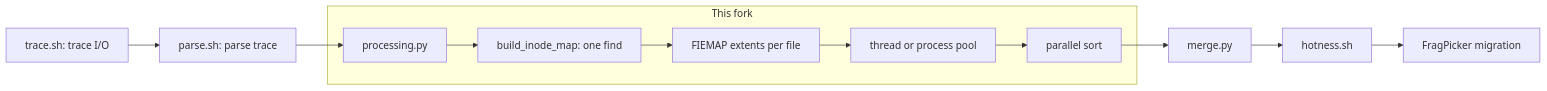
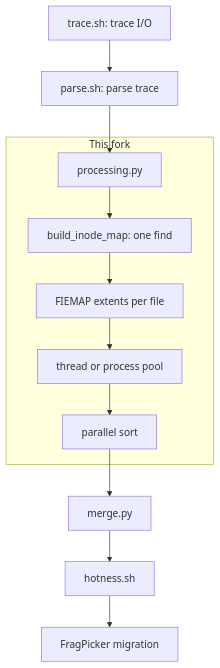
The diagram in README.md (YuzhengShi/FragPicker), drawn with Mermaid before and after one commit.

Commit message:
README: draw the diagram top to bottom
GitHub shrinks a wide left-to-right diagram to the page width, which
made its labels hard to read. Top to bottom keeps them at full size.

````diff
--- a/README.md
+++ b/README.md
@@ -76,14 +76,14 @@
 ```mermaid
-flowchart LR
+flowchart TD
     A["trace.sh: trace I/O"] --> B["parse.sh: parse trace"]
     B --> C["processing.py"]
     subgraph P["This fork"]
         C --> D["build_inode_map: one find"]
         D --> E["FIEMAP extents per file"]
         E --> F["thread or process pool"]
         F --> G["parallel sort"]
     end
     G --> H["merge.py"]
     H --> I["hotness.sh"]
     I --> J["FragPicker migration"]
 ```
````
